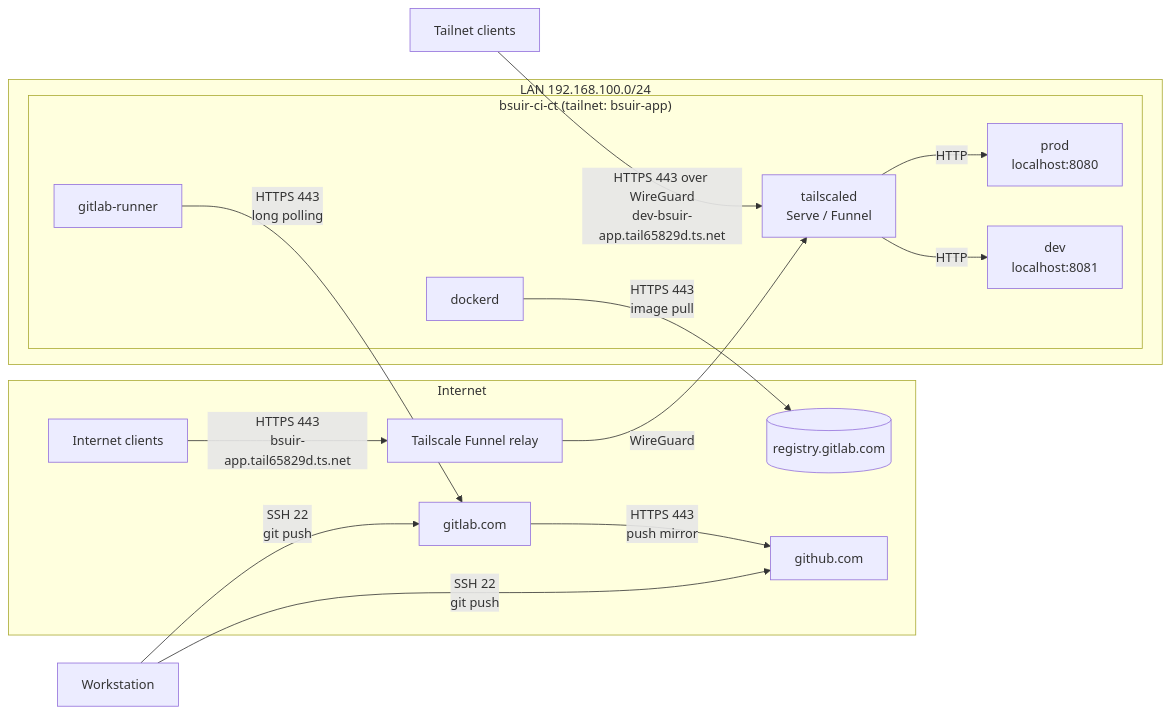
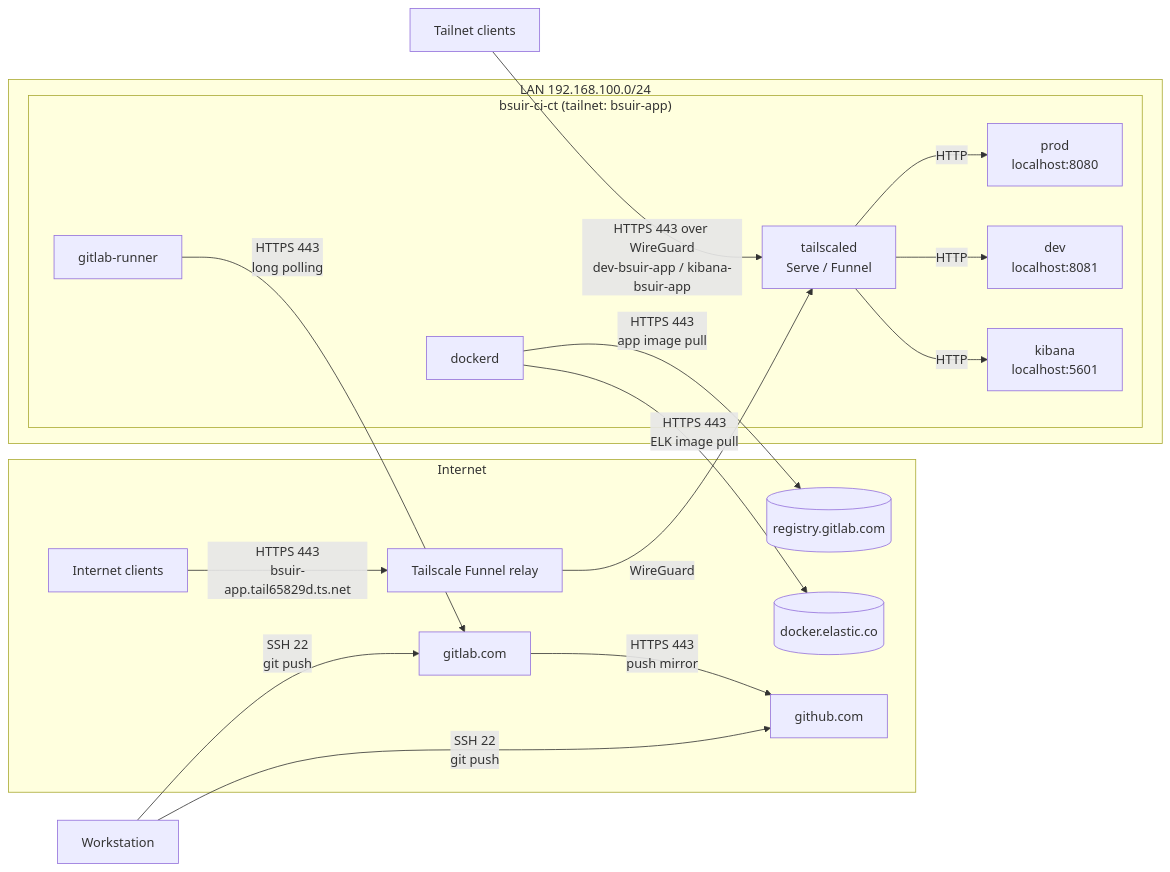
One commit to Tsuyakashi/bsuir-ci changed the sixth of 6 diagrams in README.md. Above: the diagram before and after it, drawn with Mermaid. The commit also changed other lines of this file, not shown here.

Commit message:
readme: observability, kibana, updated ct sizing

````diff
--- a/README.md
+++ b/README.md
@@ -135,35 +165,39 @@
 ```mermaid
 flowchart LR
     subgraph internet["Internet"]
         glcore["gitlab.com"]
         glreg[("registry.gitlab.com")]
+        elreg[("docker.elastic.co")]
         gh["github.com"]
         public["Internet clients"]
         relay["Tailscale Funnel relay"]
     end
 
     subgraph lan["LAN 192.168.100.0/24"]
         subgraph ct["bsuir-ci-ct (tailnet: bsuir-app)"]
             runner["gitlab-runner"]
             dockerd["dockerd"]
             tsd["tailscaled<br/>Serve / Funnel"]
             prod["prod<br/>localhost:8080"]
             devapp["dev<br/>localhost:8081"]
+            kibana["kibana<br/>localhost:5601"]
         end
     end
 
     ws["Workstation"]
     tailnet["Tailnet clients"]
 
     ws -->|"SSH 22<br/>git push"| glcore
     ws -->|"SSH 22<br/>git push"| gh
     glcore -->|"HTTPS 443<br/>push mirror"| gh
     runner -->|"HTTPS 443<br/>long polling"| glcore
-    dockerd -->|"HTTPS 443<br/>image pull"| glreg
+    dockerd -->|"HTTPS 443<br/>app image pull"| glreg
+    dockerd -->|"HTTPS 443<br/>ELK image pull"| elreg
 
     public -->|"HTTPS 443<br/>bsuir-app.tail65829d.ts.net"| relay
     relay -->|"WireGuard"| tsd
-    tailnet -->|"HTTPS 443 over WireGuard<br/>dev-bsuir-app.tail65829d.ts.net"| tsd
+    tailnet -->|"HTTPS 443 over WireGuard<br/>dev-bsuir-app / kibana-bsuir-app"| tsd
     tsd -->|"HTTP"| prod
     tsd -->|"HTTP"| devapp
+    tsd -->|"HTTP"| kibana
 ```
````
